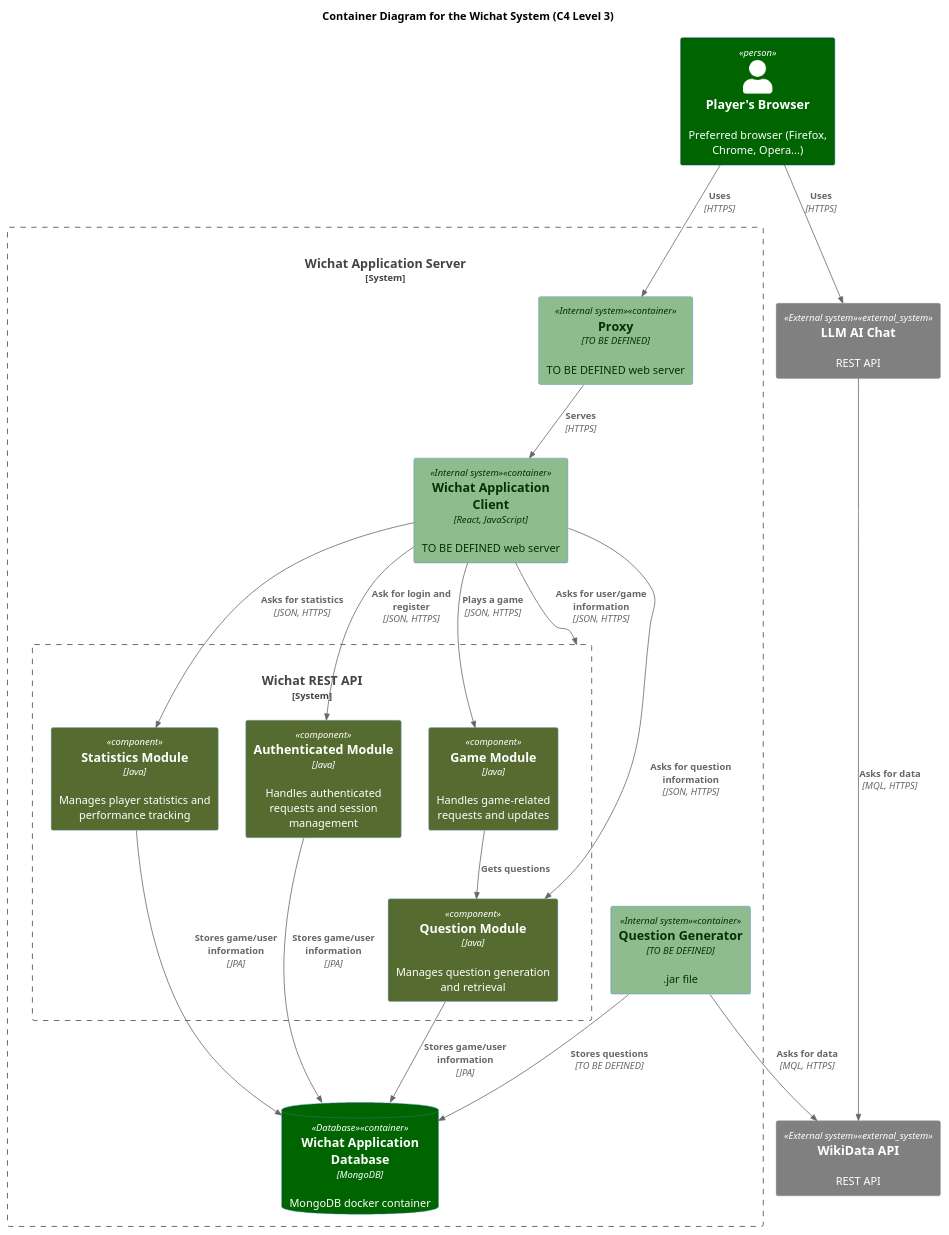
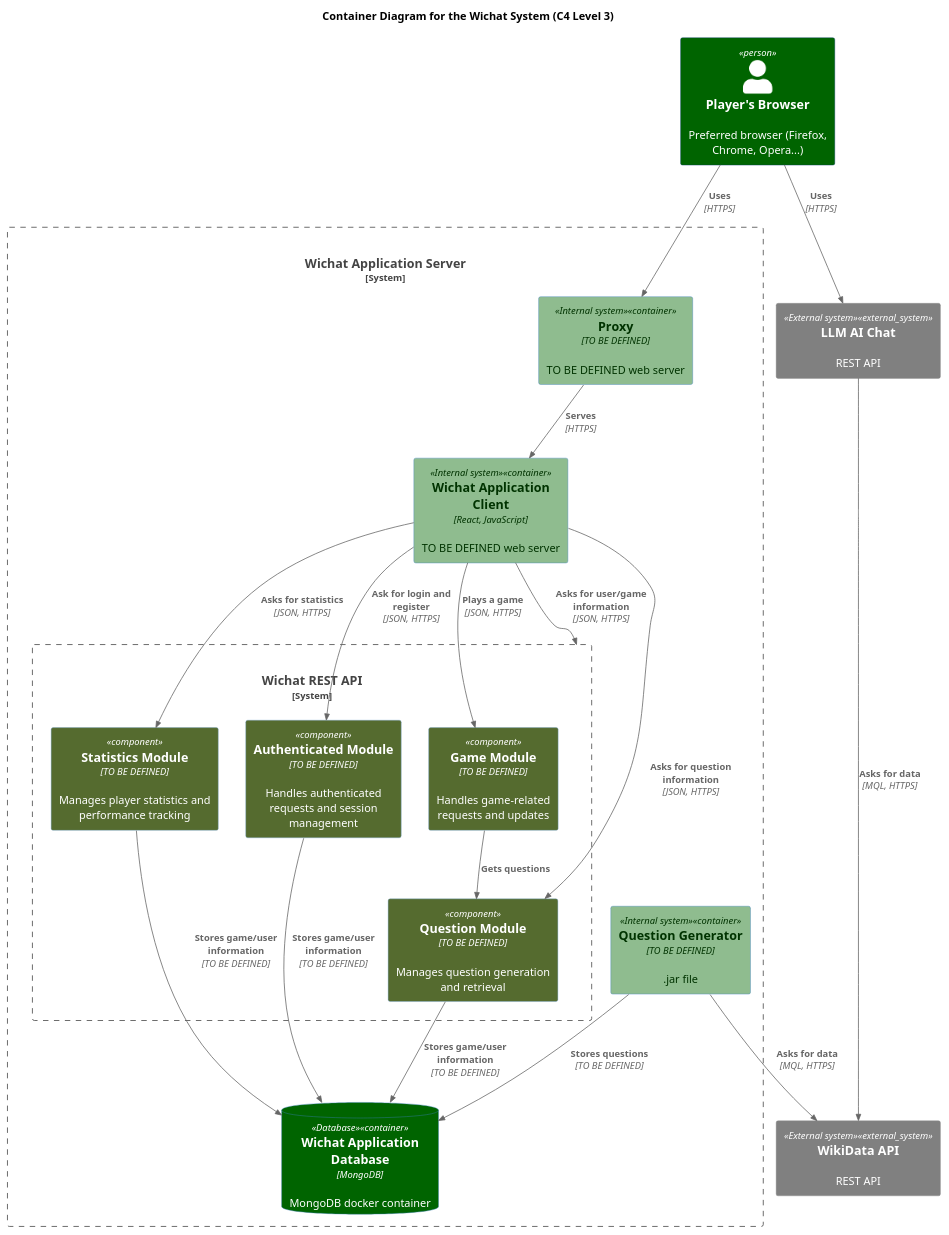
One commit to Arquisoft/wichat_en1a changed the diagram in docs/src/diagrams/C4_component_diagram.puml. Above: the diagram before and after it, drawn with PlantUML. The commit also changed 1 other file, not shown here.

```diff
--- a/docs/src/diagrams/C4_component_diagram.puml
+++ b/docs/src/diagrams/C4_component_diagram.puml
@@ -1,56 +1,56 @@
 @startuml
 !includeurl https://raw.githubusercontent.com/RicardoNiepel/C4-PlantUML/master/C4_Container.puml
 !include <c4/C4_Container.puml>
 !include <c4/C4_Component.puml>
 
 title Container Diagram for the Wichat System (C4 Level 3)
 
 AddElementTag("Person", $bgColor="#darkgreen", $fontColor="#white")
 AddElementTag("Internal system", $bgColor="#darkseagreen", $fontColor="#003300")
 AddElementTag("External system", $bgColor="#gray", $fontColor="#white")
 AddElementTag("Database", $bgColor="#darkgreen", $fontColor="#white")
 AddElementTag("Component", $bgColor="#darkolivegreen", $fontColor="#white")
 
 ' Containers
 Person(player, Player's Browser, "Preferred browser (Firefox, Chrome, Opera...)")
 
 System_Boundary(wichat, "Wichat Application Server") {
     Container(proxy, "Proxy", "TO BE DEFINED", "TO BE DEFINED web server", $tags="Internal system")
     Container(web_app, "Wichat Application Client", "React, JavaScript", "TO BE DEFINED web server", $tags="Internal system")
 
     System_Boundary(backend_api, "Wichat REST API") {
-        Component(auth_module, "Authenticated Module", "Java", "Handles authenticated requests and session management", $tags="<<componente>>")
-        Component(game_module, "Game Module", "Java", "Handles game-related requests and updates", $tags="<<componente>>")
-        Component(statistics_module, "Statistics Module", "Java", "Manages player statistics and performance tracking", $tags="<<componente>>")
-        Component(question_module, "Question Module", "Java", "Manages question generation and retrieval", $tags="<<componente>>")
+        Component(auth_module, "Authenticated Module", "TO BE DEFINED", "Handles authenticated requests and session management", $tags="<<componente>>")
+        Component(game_module, "Game Module", "TO BE DEFINED", "Handles game-related requests and updates", $tags="<<componente>>")
+        Component(statistics_module, "Statistics Module", "TO BE DEFINED", "Manages player statistics and performance tracking", $tags="<<componente>>")
+        Component(question_module, "Question Module", "TO BE DEFINED", "Manages question generation and retrieval", $tags="<<componente>>")
     }
 
     Container(question_generator, "Question Generator", "TO BE DEFINED", ".jar file", $tags="Internal system")
     ContainerDb(database, "Wichat Application Database", "MongoDB", "MongoDB docker container", $tags="Database")
 }
 
 System_Ext(wikidata, "WikiData API", "REST API", $tags="External system")
 System_Ext(llm, "LLM AI Chat", "REST API", $tags="External system")
 
 ' Relations
 Rel(player, proxy, "Uses", "HTTPS")
 Rel(proxy, web_app, "Serves", "HTTPS")
 Rel(web_app, backend_api, "Asks for user/game information", "JSON, HTTPS")
 Rel(question_generator, wikidata, "Asks for data", "MQL, HTTPS")
 Rel(llm, wikidata, "Asks for data", "MQL, HTTPS")
 Rel(player, llm, "Uses", "HTTPS")
 
 Rel(question_generator, database, "Stores questions", "TO BE DEFINED")
 
 ' Relations for modules
 Rel(web_app, auth_module, "Ask for login and register", "JSON, HTTPS")
 Rel(web_app, game_module, "Plays a game", "JSON, HTTPS")
 Rel(web_app, statistics_module, "Asks for statistics", "JSON, HTTPS")
 Rel(web_app, question_module, "Asks for question information", "JSON, HTTPS")
 
 
 Rel(game_module,question_module,"Gets questions")
-Rel(question_module,database,"Stores game/user information","JPA")
-Rel(statistics_module,database,"Stores game/user information","JPA")
-Rel(auth_module,database,"Stores game/user information","JPA")
+Rel(question_module,database,"Stores game/user information","TO BE DEFINED")
+Rel(statistics_module,database,"Stores game/user information","TO BE DEFINED")
+Rel(auth_module,database,"Stores game/user information","TO BE DEFINED")
 @enduml
```
